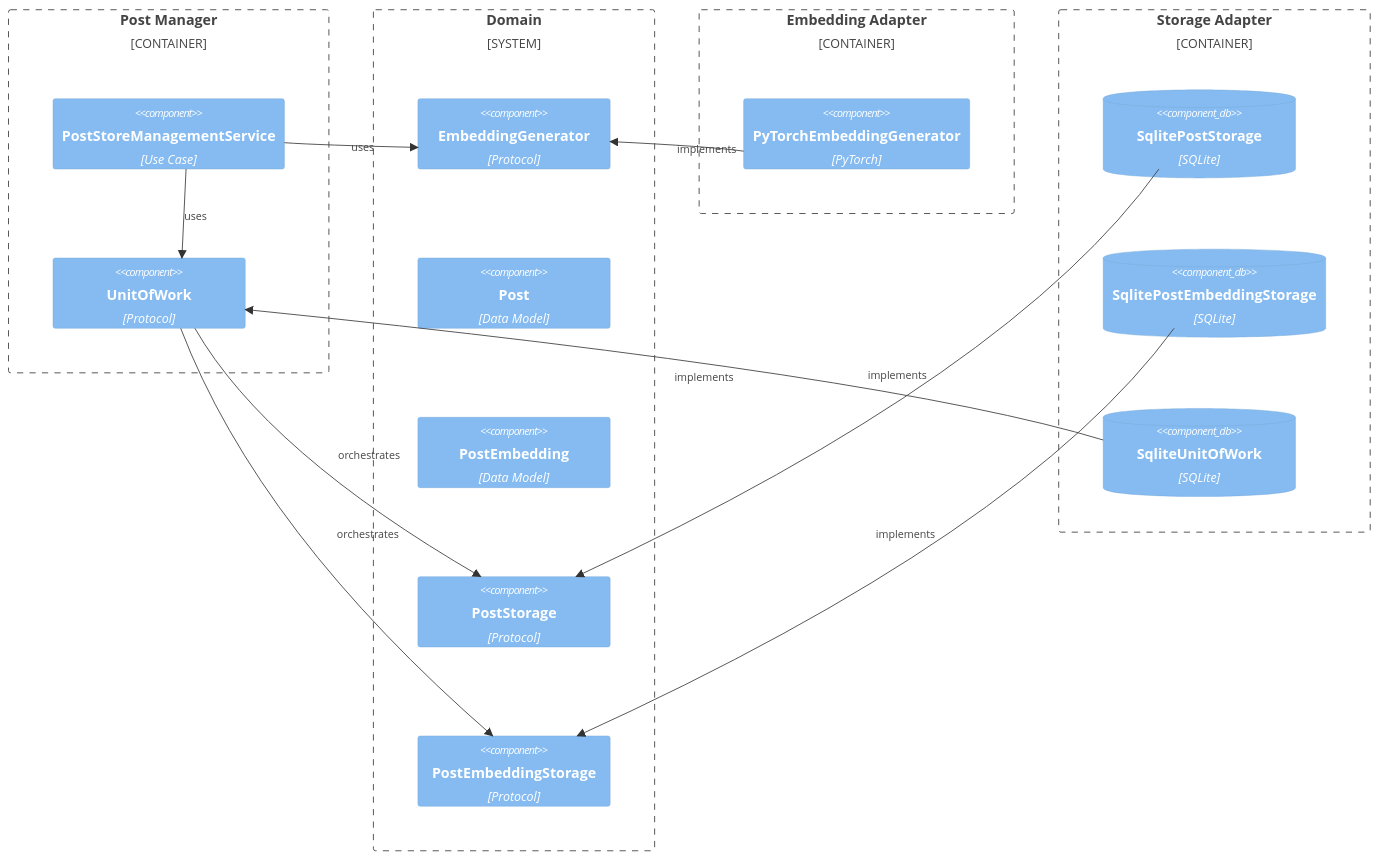
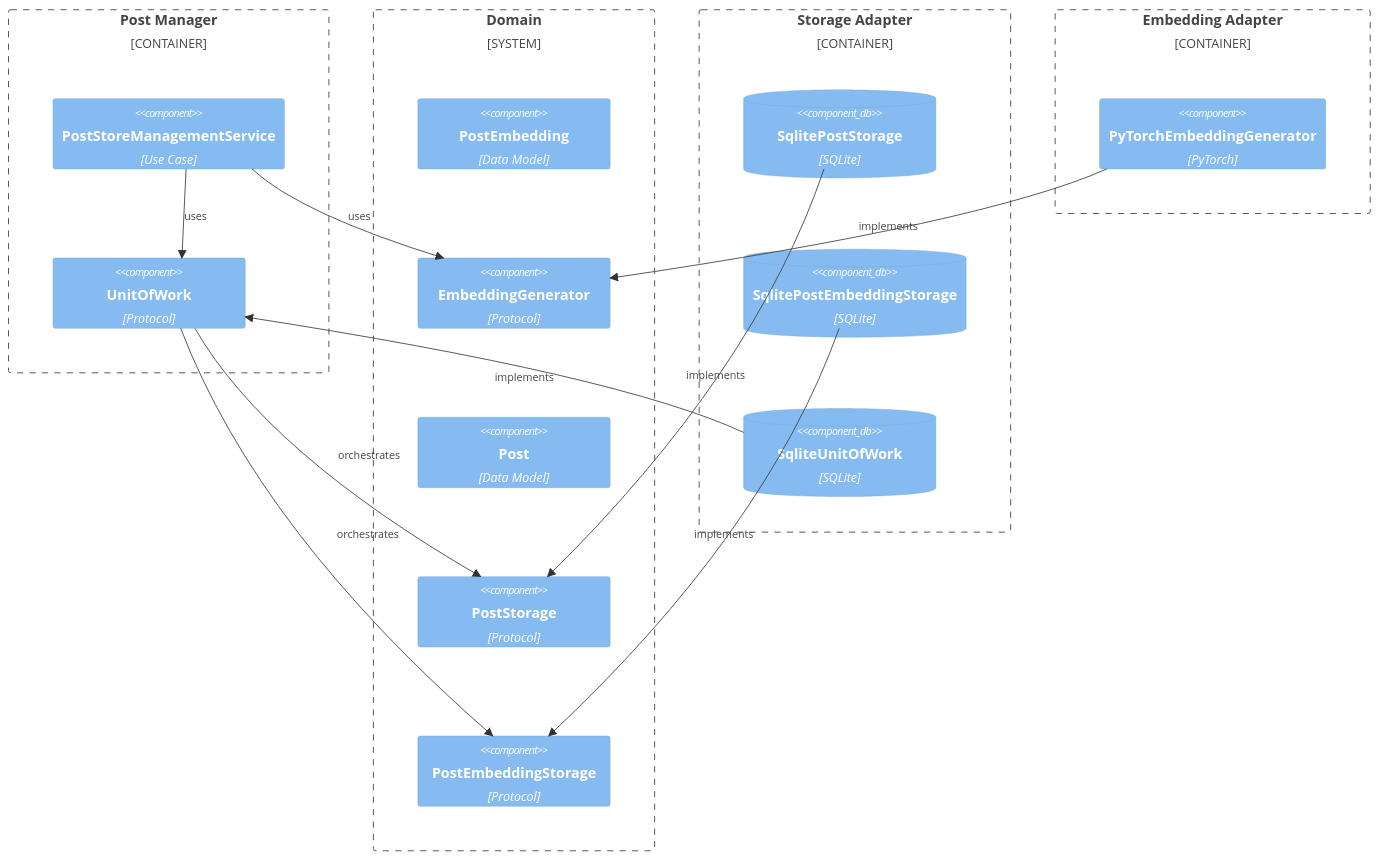
One commit to ADarko22/linkedin-idea-to-post changed the first of 6 diagrams in src/linkedin_idea_to_post/README.md. Above: the diagram before and after it, drawn with Mermaid. The commit also changed other lines of this file and 8 other files, not shown here.

````diff
--- a/src/linkedin_idea_to_post/README.md
+++ b/src/linkedin_idea_to_post/README.md
@@ -12,35 +12,35 @@
 ```mermaid
 C4Container
     Container_Boundary(manager_b, "Post Manager") {
         Component(write_manager, "PostStoreManagementService", "Use Case")
         Component(uow_p, "UnitOfWork", "Protocol")
     }
 
     System_Boundary(domain_b, "Domain") {
+        Component(post_embedding_m, "PostEmbedding", "Data Model")
         Component(embedding_p, "EmbeddingGenerator", "Protocol")
         Component(post_m, "Post", "Data Model")
-        Component(post_embedding_m, "PostEmbedding", "Data Model")
         Component(storage_p, "PostStorage", "Protocol")
         Component(embedding_storage_p, "PostEmbeddingStorage", "Protocol")
-    }
-
-    Container_Boundary(embedding_b, "Embedding Adapter") {
-        Component(pytorch_embedding_gen, "PyTorchEmbeddingGenerator", "PyTorch")
     }
 
     Container_Boundary(storage_b, "Storage Adapter") {
         ComponentDb(storage, "SqlitePostStorage", "SQLite")
         ComponentDb(embedding_storage, "SqlitePostEmbeddingStorage", "SQLite")
         ComponentDb(uow, "SqliteUnitOfWork", "SQLite")
+    }
+
+    Container_Boundary(embedding_b, "Embedding Adapter") {
+        Component(pytorch_embedding_gen, "PyTorchEmbeddingGenerator", "PyTorch")
     }
 
     Rel_R(write_manager, uow_p, "uses")
     Rel_R(uow_p, storage_p, "orchestrates")
     Rel_R(uow_p, embedding_storage_p, "orchestrates")
     Rel_R(write_manager, embedding_p, "uses")
     Rel_L(pytorch_embedding_gen, embedding_p, "implements")
     Rel_L(storage, storage_p, "implements")
     Rel_L(embedding_storage, embedding_storage_p, "implements")
     Rel_L(uow, uow_p, "implements")
     UpdateLayoutConfig($c4ShapeInRow="1", $c4BoundaryInRow="4")
 ```
````
